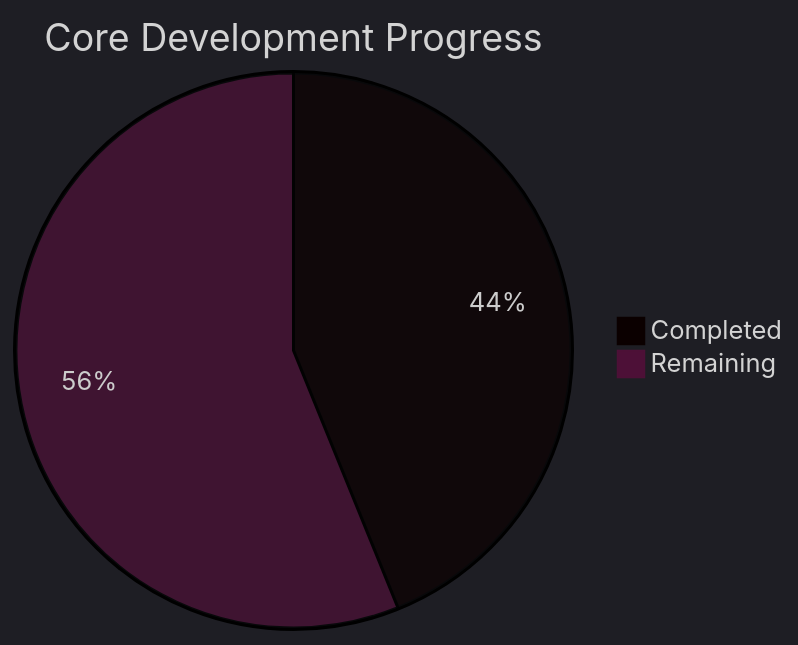
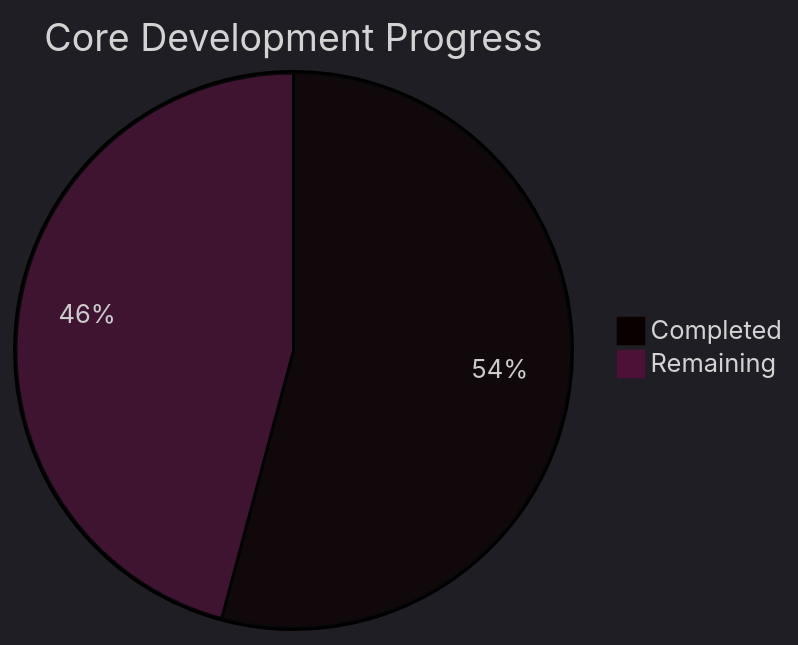
One commit to Neogleamz/SK8Lytz changed the first of 5 diagrams in tools/SK8Lytz_Bucket_List.md. Above: the diagram before and after it, drawn with Mermaid. The commit also changed other lines of this file and 3 other files, not shown here.

````diff
--- a/tools/SK8Lytz_Bucket_List.md
+++ b/tools/SK8Lytz_Bucket_List.md
@@ -9,6 +9,6 @@
 ```mermaid
 %%{init: {'theme': 'dark'}}%%
 pie title Core Development Progress
-  "Completed" : 25
-  "Remaining" : 32
+  "Completed" : 26
+  "Remaining" : 22
 ```
````
